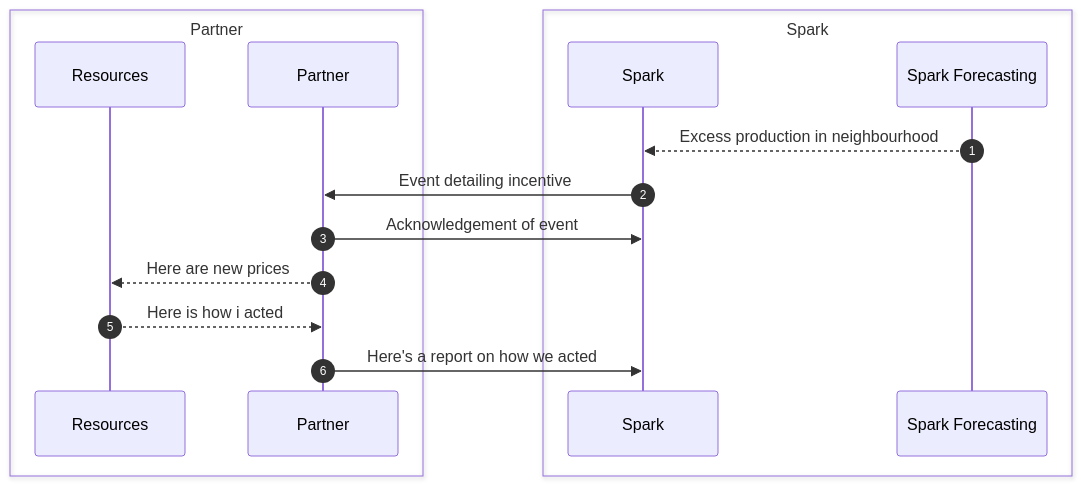
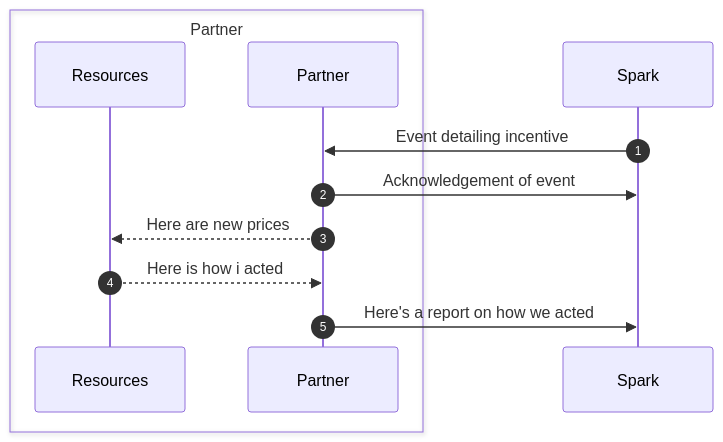
The diagram in docs/energy-coordination/Introduction.mdx (VolueSpark/spark-docs), drawn with Mermaid before and after one commit. The commit also changed other lines of this file and 2 other files, not shown here.

Commit message:
More fixes

````diff
--- a/docs/energy-coordination/Introduction.mdx
+++ b/docs/energy-coordination/Introduction.mdx
@@ -46,23 +32,19 @@
 ```mermaid
 sequenceDiagram
 	autonumber
 
 	box Partner
 	participant R as Resources
     participant P as Partner
     end
 
-	box Spark
     participant S as Spark
-    participant F as Spark Forecasting
-    end
 
-	F-->>S: Excess production in neighbourhood
     S->>P: Event detailing incentive
 	P->>S: Acknowledgement of event
 
 	P-->>R: Here are new prices
 	R-->>P: Here is how i acted
 
 	P->>S: Here's a report on how we acted
 ```
````
